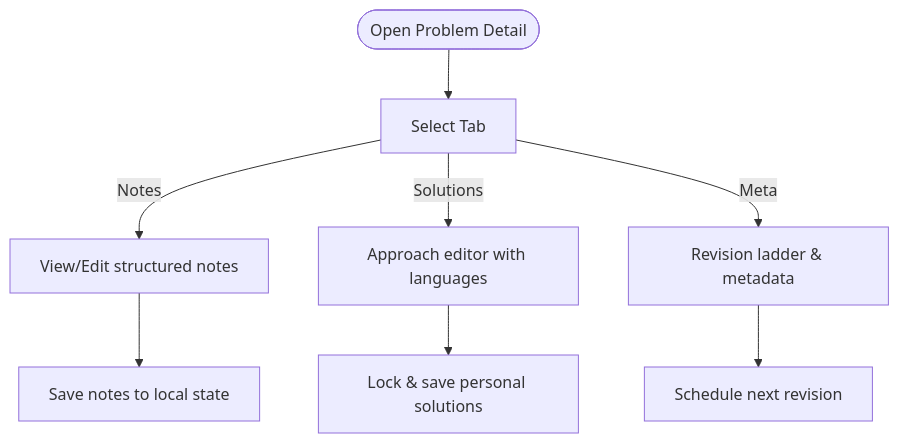
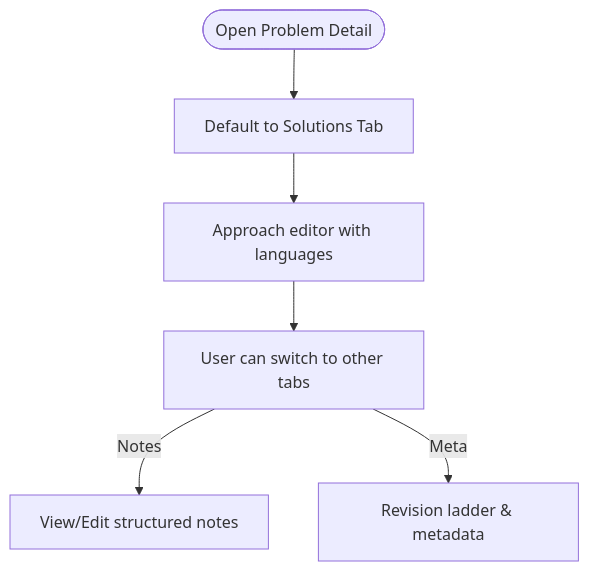
Before and after one commit to iamrituraj/DSA-Tracker: the third of 10 diagrams in .qoder/repowiki/en/content/Frontend Application/Problem Detail Component.md, drawn with Mermaid. The commit also changed other lines of this file and 21 other files, not shown here.

````diff
--- a/.qoder/repowiki/en/content/Frontend Application/Problem Detail Component.md
+++ b/.qoder/repowiki/en/content/Frontend Application/Problem Detail Component.md
@@ -113,10 +117,8 @@
 ```mermaid
 flowchart TD
-Start(["Open Problem Detail"]) --> Tabs["Select Tab"]
+Start(["Open Problem Detail"]) --> Default["Default to Solutions Tab"]
+Default --> SolView["Approach editor with languages"]
+SolView --> Tabs["User can switch to other tabs"]
 Tabs --> |Notes| NotesView["View/Edit structured notes"]
-Tabs --> |Solutions| SolView["Approach editor with languages"]
 Tabs --> |Meta| MetaView["Revision ladder & metadata"]
-NotesView --> SaveNotes["Save notes to local state"]
-SolView --> LockSol["Lock & save personal solutions"]
-MetaView --> Schedule["Schedule next revision"]
 ```
````
